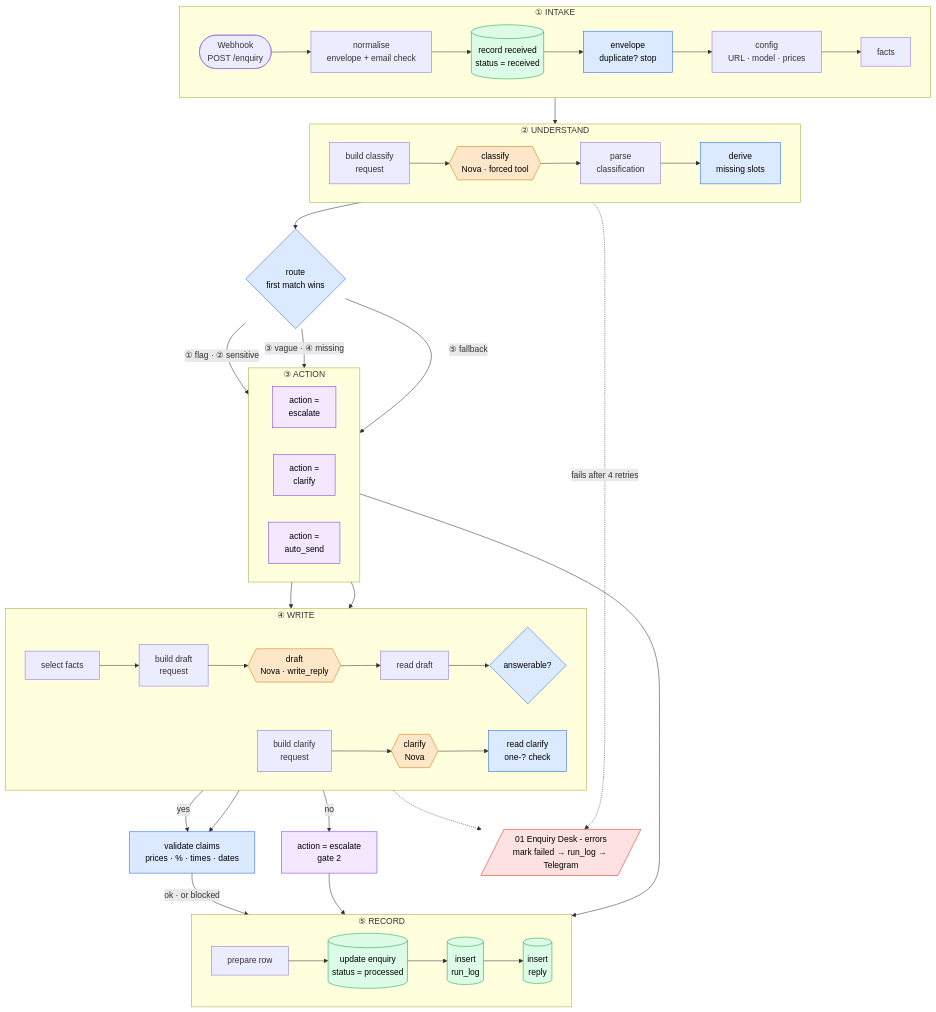
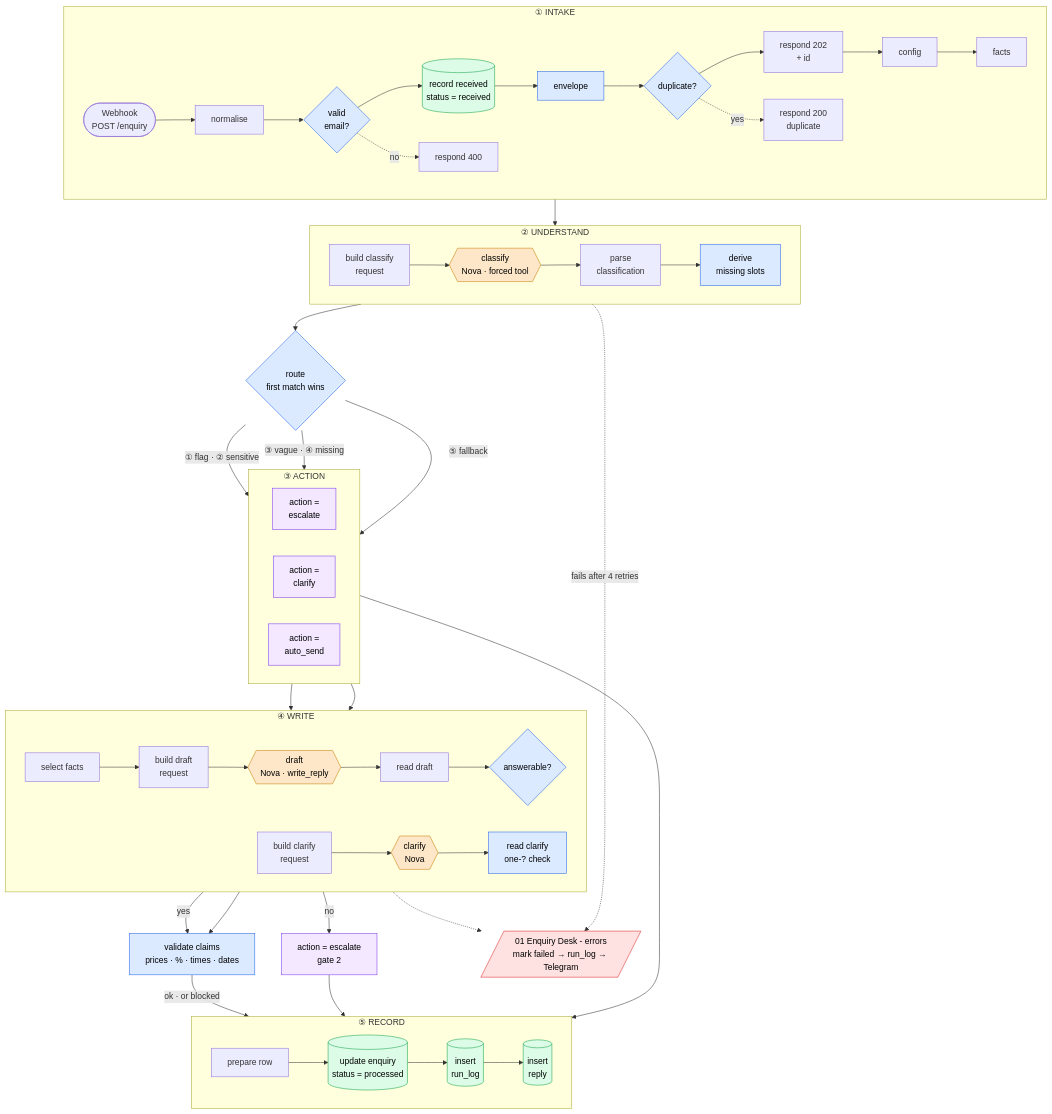
One commit to deeowemez/enquiry-desk changed the diagram in STATE.md. Above: the diagram before and after it, drawn with Mermaid. The commit also changed other lines of this file and 4 other files, not shown here.

````diff
--- a/STATE.md
+++ b/STATE.md
@@ -34,64 +34,66 @@
 ```mermaid
 flowchart TB
   subgraph S1["① INTAKE"]
     direction LR
-    W([Webhook<br/>POST /enquiry]) --> N[normalise<br/>envelope + email check] --> RR[(record received<br/>status = received)] --> EN[envelope<br/>duplicate? stop] --> CFG[config<br/>URL · model · prices] --> F[facts]
+    W([Webhook<br/>POST /enquiry]) --> N[normalise] --> VE{valid<br/>email?} --> RR[(record received<br/>status = received)] --> EN[envelope] --> DU{duplicate?} --> OK[respond 202<br/>+ id] --> CFG[config] --> F[facts]
+    VE -. no .-> R4[respond 400]
+    DU -. yes .-> R2[respond 200<br/>duplicate]
   end
 
   subgraph S2["② UNDERSTAND"]
     direction LR
     BC[build classify<br/>request] --> C{{classify<br/>Nova · forced tool}} --> PC[parse<br/>classification] --> D[derive<br/>missing slots]
   end
 
   R{route<br/>first match wins}
 
   subgraph S3["③ ACTION"]
     direction LR
     E[action =<br/>escalate]
     Q[action =<br/>clarify]
     A[action =<br/>auto_send]
   end
 
   subgraph S4["④ WRITE"]
     direction LR
     SF[select facts] --> BD[build draft<br/>request] --> DR{{draft<br/>Nova · write_reply}} --> RD[read draft] --> G{answerable?}
     BQ[build clarify<br/>request] --> CL{{clarify<br/>Nova}} --> RQ[read clarify<br/>one-? check]
   end
 
   V[validate claims<br/>prices · % · times · dates]
   E2[action = escalate<br/>gate 2]
 
   subgraph S5["⑤ RECORD"]
     direction LR
     P[prepare row] --> IE[(update enquiry<br/>status = processed)] --> RL[(insert<br/>run_log)] --> RP[(insert<br/>reply)]
   end
 
   X[/"01 Enquiry Desk - errors<br/>mark failed → run_log → Telegram"/]
 
   F --> BC
   D --> R
   R -- "① flag · ② sensitive" --> E
   R -- "③ vague · ④ missing" --> Q
   R -- "⑤ fallback" --> A
   A --> SF
   Q --> BQ
   G -- "yes" --> V
   G -- "no" --> E2
   RQ --> V
   V -- "ok · or blocked" --> P
   E --> P
   E2 --> P
   C -. "fails after 4 retries" .-> X
   DR -.-> X
 
   classDef model fill:#fde7c8,stroke:#c97a00,color:#000
   classDef code fill:#dbeafe,stroke:#2563eb,color:#000
   classDef db fill:#dcfce7,stroke:#16a34a,color:#000
   classDef act fill:#f3e8ff,stroke:#7c3aed,color:#000
   classDef gap fill:#fee2e2,stroke:#dc2626,color:#000
   class C,DR,CL model
-  class D,R,G,V,RQ,EN code
+  class D,R,G,V,RQ,EN,VE,DU code
   class RR,IE,RL,RP db
   class E,Q,A,E2 act
   class X gap
 ```
````
